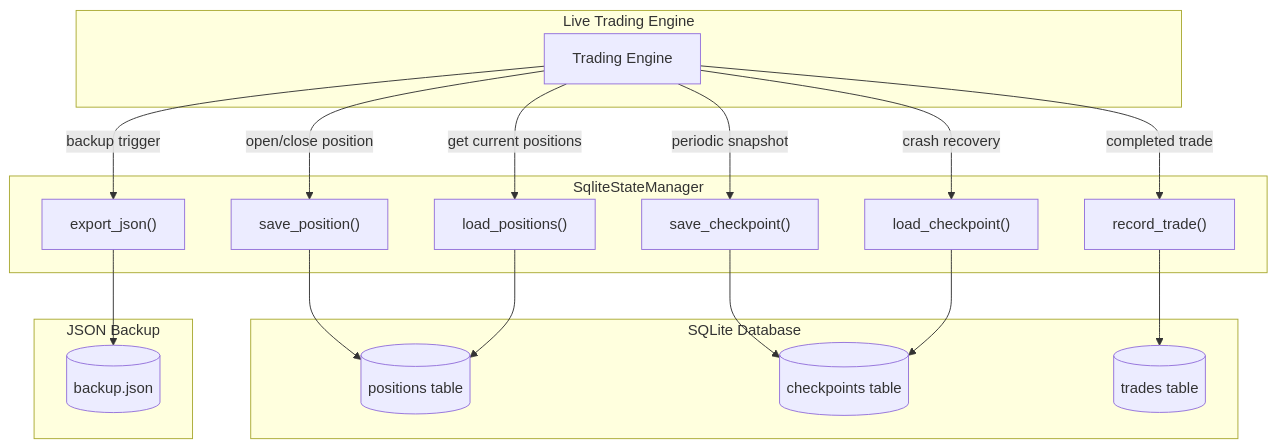
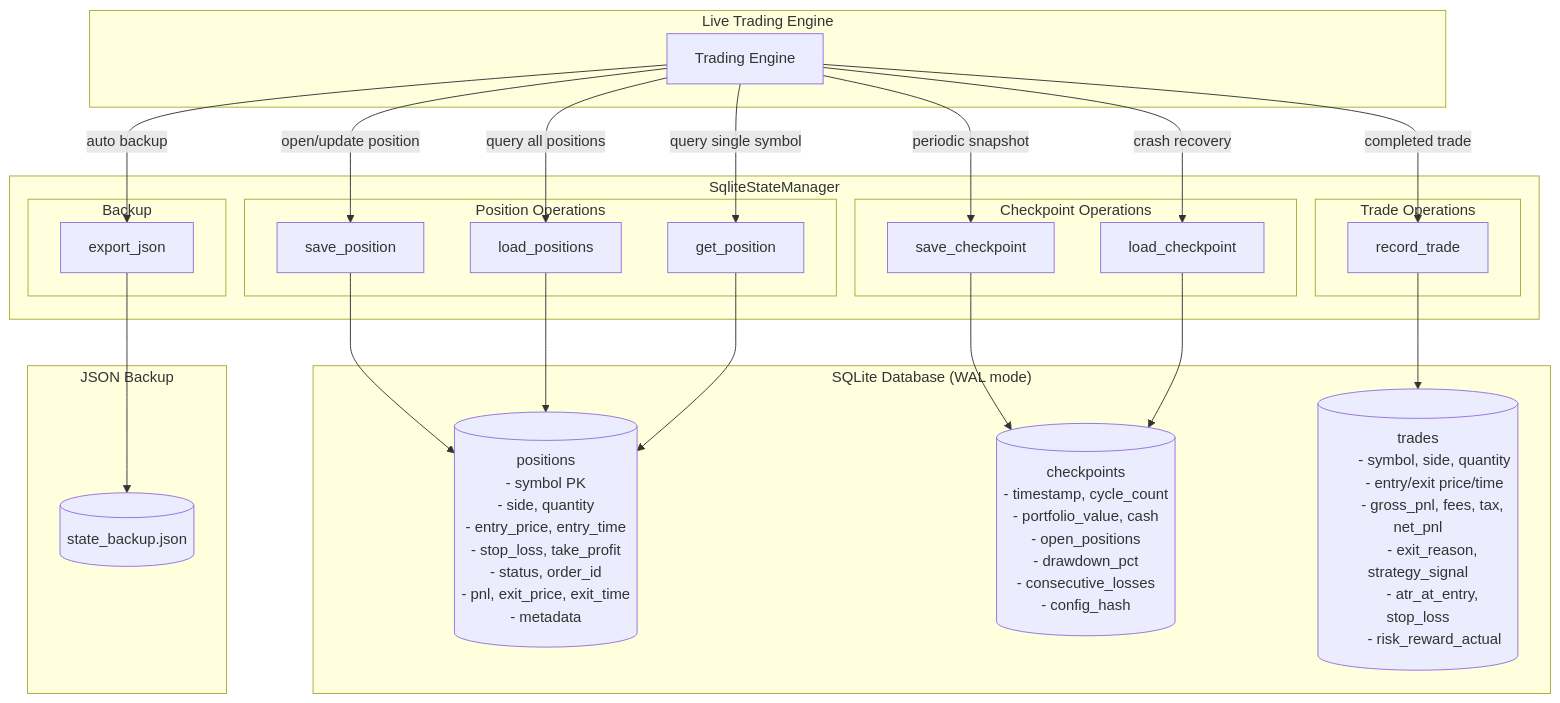
One commit to P0W/crypto-strategies changed the seventh of 8 diagrams in docs/ARCHITECTURE.md. Above: the diagram before and after it, drawn with Mermaid.

Commit message:
docs: improve StateManager diagram with actual schema details

````diff
--- a/docs/ARCHITECTURE.md
+++ b/docs/ARCHITECTURE.md
@@ -263,39 +263,69 @@
 ```mermaid
 flowchart TD
     subgraph LiveTrading["Live Trading Engine"]
         Engine["Trading Engine"]
     end
 
     subgraph StateManager["SqliteStateManager"]
-        SavePos["save_position()"]
-        LoadPos["load_positions()"]
-        SaveChk["save_checkpoint()"]
-        LoadChk["load_checkpoint()"]
-        RecordTrade["record_trade()"]
-        ExportJSON["export_json()"]
+        subgraph PositionOps["Position Operations"]
+            SavePos["save_position"]
+            LoadPos["load_positions"]
+            GetPos["get_position"]
+        end
+        subgraph CheckpointOps["Checkpoint Operations"]
+            SaveChk["save_checkpoint"]
+            LoadChk["load_checkpoint"]
+        end
+        subgraph TradeOps["Trade Operations"]
+            RecordTrade["record_trade"]
+        end
+        subgraph BackupOps["Backup"]
+            ExportJSON["export_json"]
+        end
     end
 
-    subgraph SQLite["SQLite Database"]
-        Positions[("positions table")]
-        Checkpoints[("checkpoints table")]
-        Trades[("trades table")]
+    subgraph SQLite["SQLite Database (WAL mode)"]
+        Positions[("positions
+        - symbol PK
+        - side, quantity
+        - entry_price, entry_time
+        - stop_loss, take_profit
+        - status, order_id
+        - pnl, exit_price, exit_time
+        - metadata")]
+        Checkpoints[("checkpoints
+        - timestamp, cycle_count
+        - portfolio_value, cash
+        - open_positions
+        - drawdown_pct
+        - consecutive_losses
+        - config_hash")]
+        Trades[("trades
+        - symbol, side, quantity
+        - entry/exit price/time
+        - gross_pnl, fees, tax, net_pnl
+        - exit_reason, strategy_signal
+        - atr_at_entry, stop_loss
+        - risk_reward_actual")]
     end
 
     subgraph Backup["JSON Backup"]
-        JSONFile[("backup.json")]
+        JSONFile[("state_backup.json")]
     end
 
-    Engine -->|open/close position| SavePos
-    Engine -->|get current positions| LoadPos
+    Engine -->|open/update position| SavePos
+    Engine -->|query all positions| LoadPos
+    Engine -->|query single symbol| GetPos
     Engine -->|periodic snapshot| SaveChk
     Engine -->|crash recovery| LoadChk
     Engine -->|completed trade| RecordTrade
-    Engine -->|backup trigger| ExportJSON
+    Engine -->|auto backup| ExportJSON
 
     SavePos --> Positions
     LoadPos --> Positions
+    GetPos --> Positions
     SaveChk --> Checkpoints
     LoadChk --> Checkpoints
     RecordTrade --> Trades
     ExportJSON --> JSONFile
 ```
````
